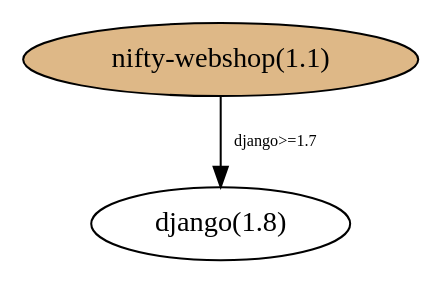
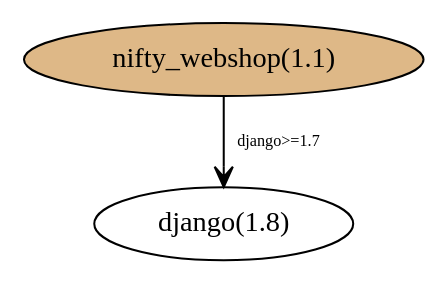
One commit to awwad/depresolve changed the diagram in docs/dep_conflict_examples.dot. Above: the diagram before and after it, drawn with Graphviz. The commit also changed 5 other files, not shown here.

Commit message:
minor tweaks to diagrams

```diff
--- a/docs/dep_conflict_examples.dot
+++ b/docs/dep_conflict_examples.dot
@@ -1,21 +1,21 @@
 digraph example1 {
 
-  nifty11 [label="nifty-webshop(1.1)",fillcolor="burlywood",style="filled"]
+  nifty11 [label="nifty_webshop(1.1)",fillcolor="burlywood",style="filled"]
   #nifty12 [label="nifty-webshop(1.2)",fillcolor="burlywood",style="filled"]
   #wheresmydelivery05 [label="wheresmydelivery(0.5)"]
   #wheresmydelivery04 [label="wheresmydelivery(0.4)"]
   #wheresmydelivery03 [label="wheresmydelivery(0.3)"]
   #django19 [label='django(1.9)']
   django18 [label="django(1.8)"]
   #django17 [label="django(1.7)"]
   #django16 [label="django(1.6)"]
   #django15 [label="django(1.5)"]
 
 
   subgraph n1 {
     label = "Case 1"
-    nifty11 -> django18 [label="django>=1.7",fontsize=8]
+    nifty11 -> django18 [label="django>=1.7",fontsize=8,arrowhead=vee]
     #nifty11 -> django17 [label="django>=1.7",style=dotted,fontsize=8]
     #nifty11 -> django16 [label="django>=1.7",style=dotted,fontsize=8]
   }
 }
```
